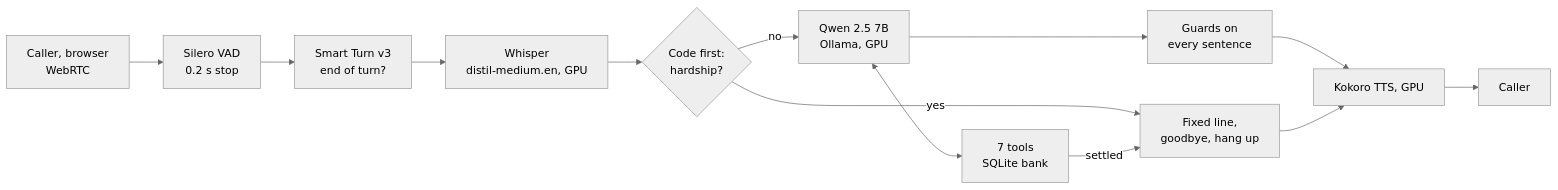
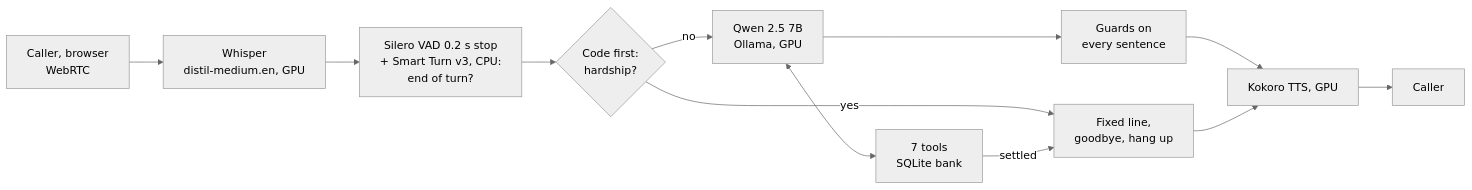
The diagram in README.md (cooldip00/voice-agent), drawn with Mermaid (neutral theme) before and after one commit. The commit also changed other lines of this file and 17 other files, not shown here.

````diff
--- a/README.md
+++ b/README.md
@@ -38,15 +38,14 @@
 ```mermaid
 flowchart LR
-    mic["Caller, browser<br/>WebRTC"] --> vad["Silero VAD<br/>0.2 s stop"]
-    vad --> turn["Smart Turn v3<br/>end of turn?"]
-    turn --> stt["Whisper<br/>distil-medium.en, GPU"]
-    stt --> code{"Code first:<br/>hardship?"}
+    mic["Caller, browser<br/>WebRTC"] --> stt["Whisper<br/>distil-medium.en, GPU"]
+    stt --> turn["Silero VAD 0.2 s stop<br/>+ Smart Turn v3, CPU:<br/>end of turn?"]
+    turn --> code{"Code first:<br/>hardship?"}
     code -- no --> llm["Qwen 2.5 7B<br/>Ollama, GPU"]
     llm <--> tools["7 tools<br/>SQLite bank"]
     llm --> guard["Guards on<br/>every sentence"]
     code -- yes --> close["Fixed line,<br/>goodbye, hang up"]
     tools -- "settled" --> close
     guard --> tts["Kokoro TTS, GPU"]
     close --> tts
     tts --> spk["Caller"]
 ```
````
